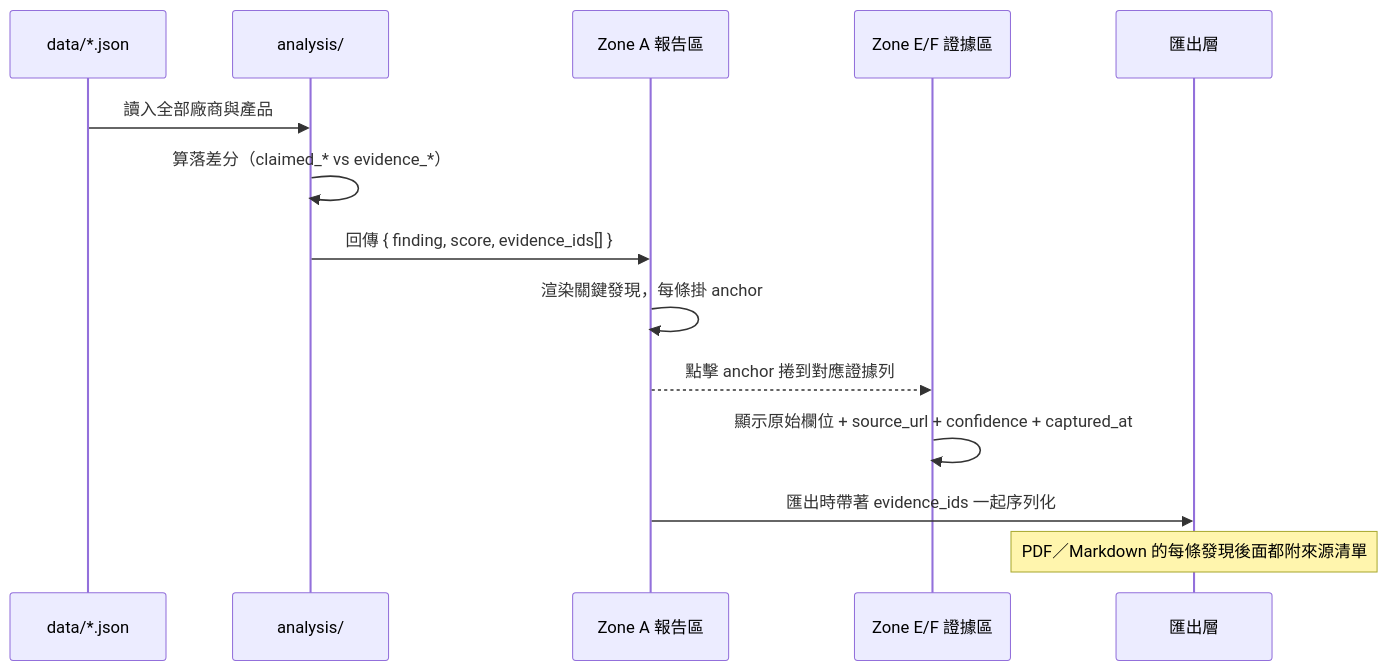
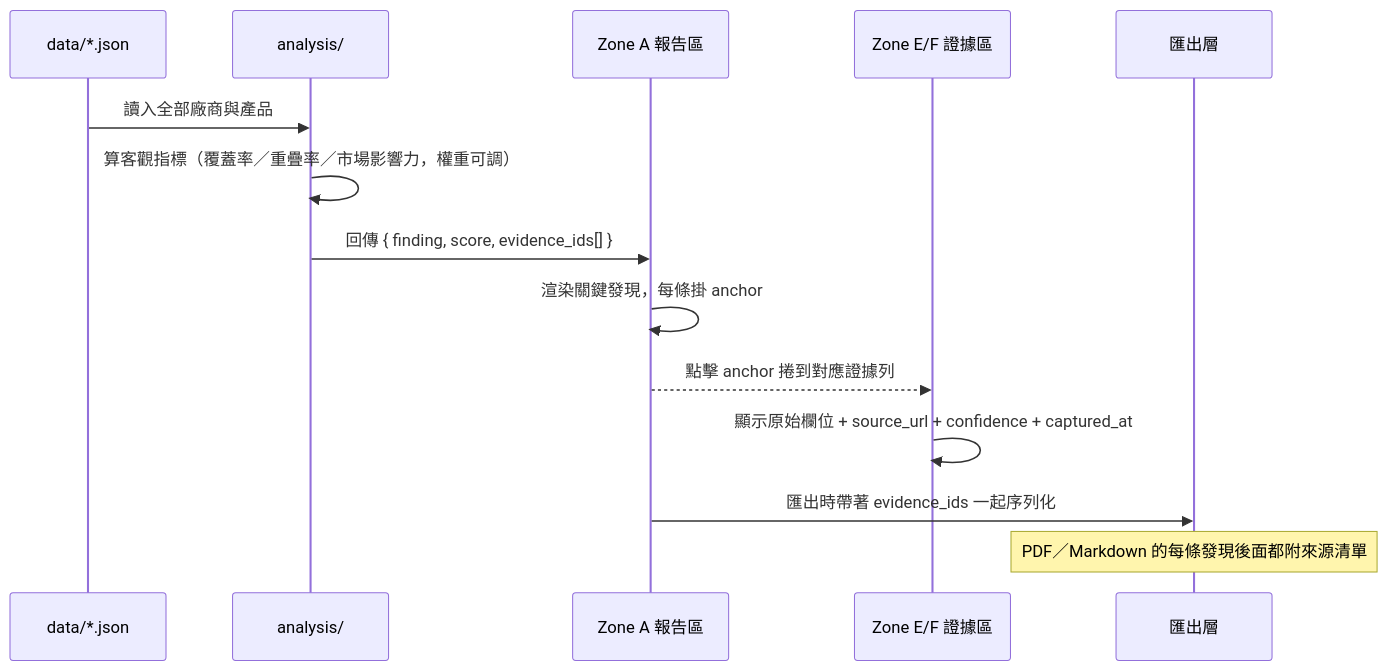
One commit to aliencat0528/martech-competitor-dashboard changed the second of 2 diagrams in docs/ARCHITECTURE.md. Above: the diagram before and after it, drawn with Mermaid. The commit also changed other lines of this file and 5 other files, not shown here.

````diff
--- a/docs/ARCHITECTURE.md
+++ b/docs/ARCHITECTURE.md
@@ -159,17 +159,17 @@
 ```mermaid
 sequenceDiagram
   participant D as data/*.json
   participant A as analysis/
   participant R as Zone A 報告區
   participant E as Zone E/F 證據區
   participant X as 匯出層
 
   D->>A: 讀入全部廠商與產品
-  A->>A: 算落差分（claimed_* vs evidence_*）
+  A->>A: 算客觀指標（覆蓋率／重疊率／市場影響力，權重可調）
   A->>R: 回傳 { finding, score, evidence_ids[] }
   R->>R: 渲染關鍵發現，每條掛 anchor
   R-->>E: 點擊 anchor 捲到對應證據列
   E->>E: 顯示原始欄位 + source_url + confidence + captured_at
   R->>X: 匯出時帶著 evidence_ids 一起序列化
   Note over X: PDF／Markdown 的每條發現後面都附來源清單
 ```
````
